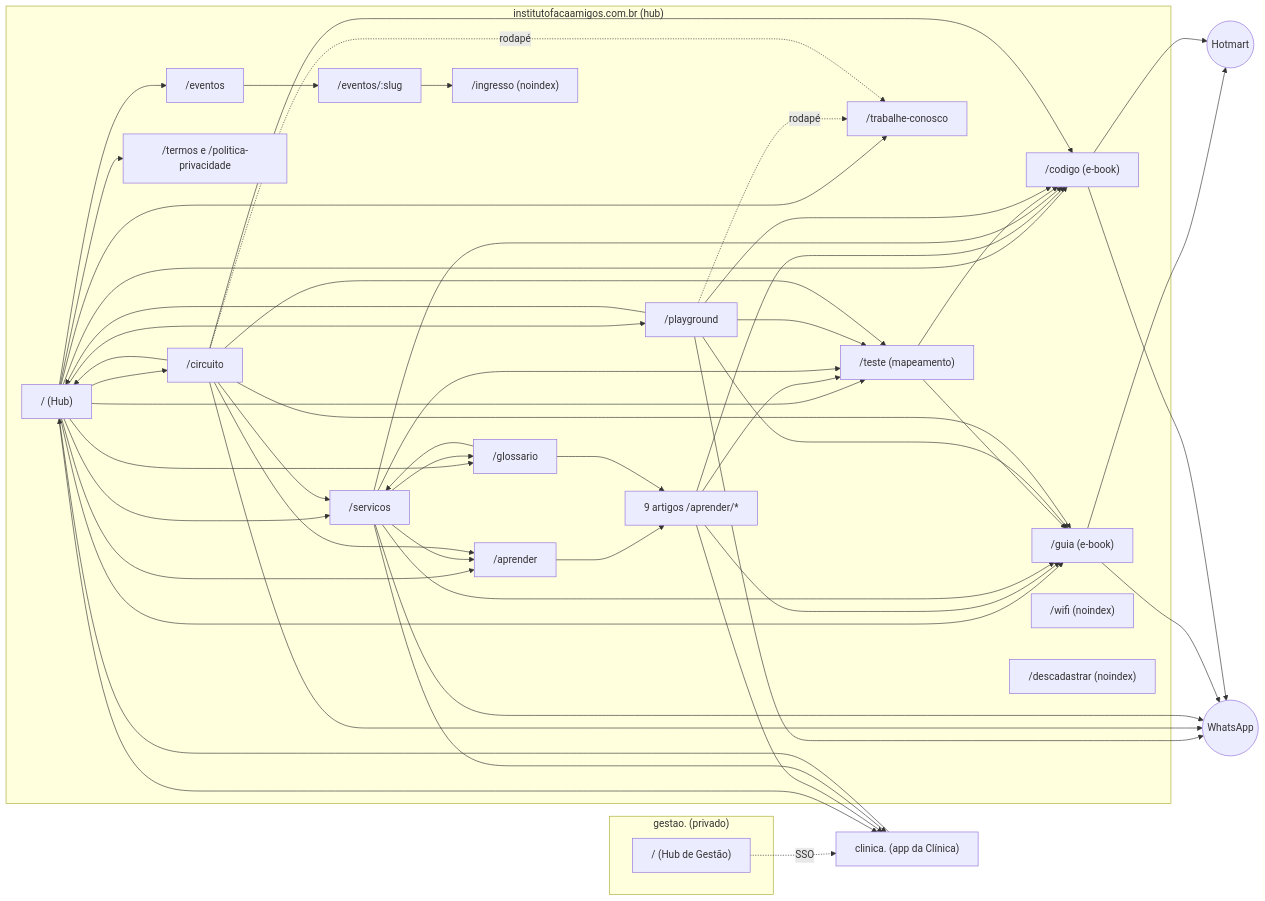
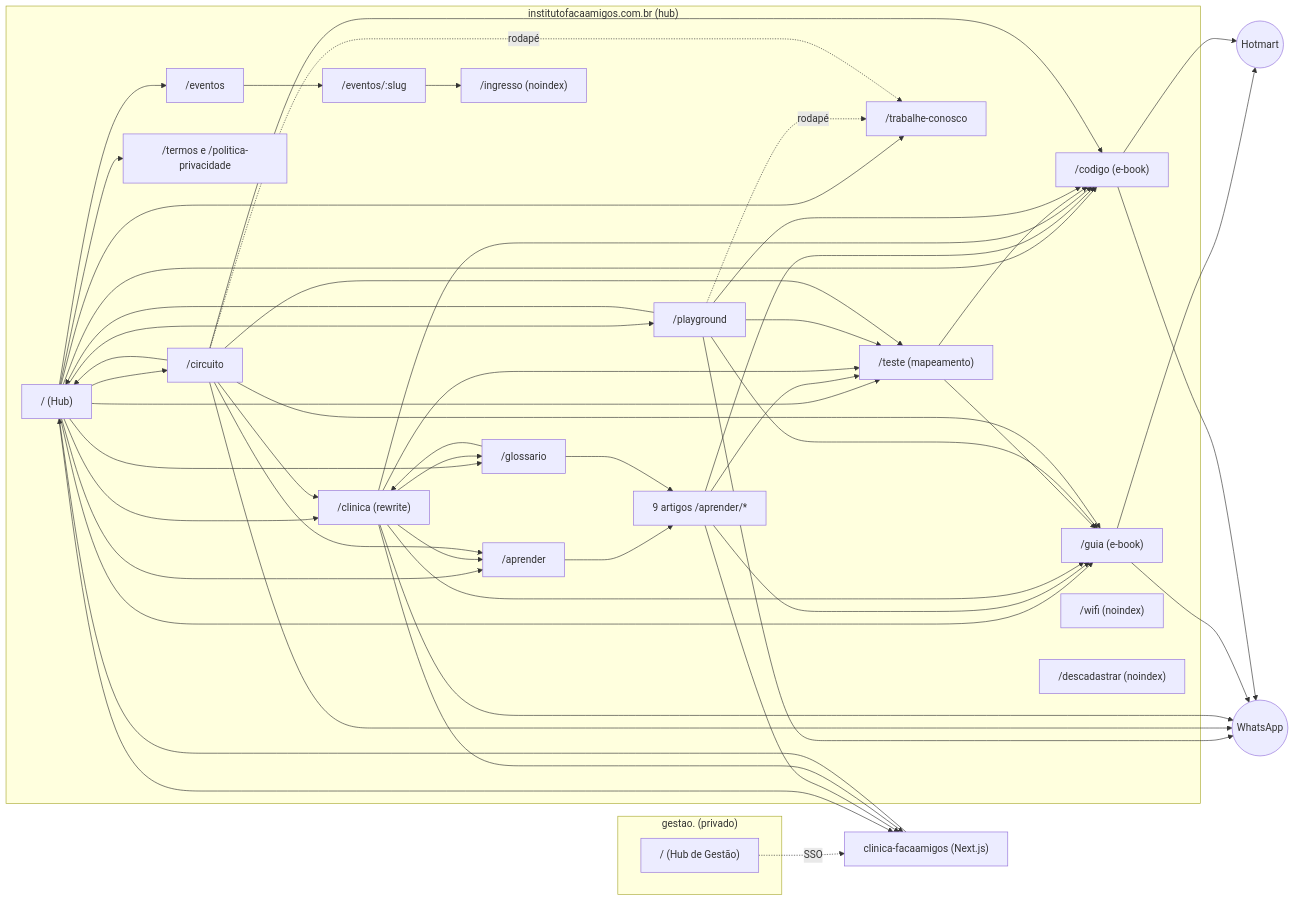
The diagram in MAPA-DO-SITE.md (brunofreitasbm-web/langing_page_faca_amigos), drawn with Mermaid before and after one commit. The commit also changed other lines of this file and 36 other files, not shown here.

First line of the commit message:
clinica: /clinica no hub (rewrite para o app da Clínica), /servicos vira 301 e a página antiga sai

````diff
--- a/MAPA-DO-SITE.md
+++ b/MAPA-DO-SITE.md
@@ -22,47 +23,47 @@
 ```mermaid
 flowchart LR
   subgraph HUB["institutofacaamigos.com.br (hub)"]
     H["/ (Hub)"]
-    S["/servicos"]
+    S["/clinica (rewrite)"]
     A["/aprender"]
     AR["9 artigos /aprender/*"]
     G["/glossario"]
     T["/teste (mapeamento)"]
     GU["/guia (e-book)"]
     CO["/codigo (e-book)"]
     EV["/eventos"]
     E1["/eventos/:slug"]
     IN["/ingresso (noindex)"]
     W["/wifi (noindex)"]
     L["/termos e /politica-privacidade"]
     DC["/descadastrar (noindex)"]
     TC["/trabalhe-conosco"]
     P["/playground"]
     C["/circuito"]
   end
   subgraph GESTAO["gestao. (privado)"]
     GE["/ (Hub de Gestão)"]
   end
-  CL["clinica. (app da Clínica)"]
+  CL["clinica-facaamigos (Next.js)"]
   WA(("WhatsApp"))
   HM(("Hotmart"))
 
   H --> S & A & G & T & GU & CO & EV & L & TC
   H --> P & C
   H --> CL
   A --> AR
   AR --> T & GU & CO & CL
   S --> T & GU & CO & CL & A & G
   G --> S & AR
   EV --> E1
   E1 --> IN
   T --> GU & CO
   GU --> HM
   CO --> HM
   P --> GU & CO & T & H
   C --> GU & CO & T & H & S & A
   CL --> H
   P & C -. rodapé .-> TC
   GE -. SSO .-> CL
   P & C & S & GU & CO --> WA
 ```
````
